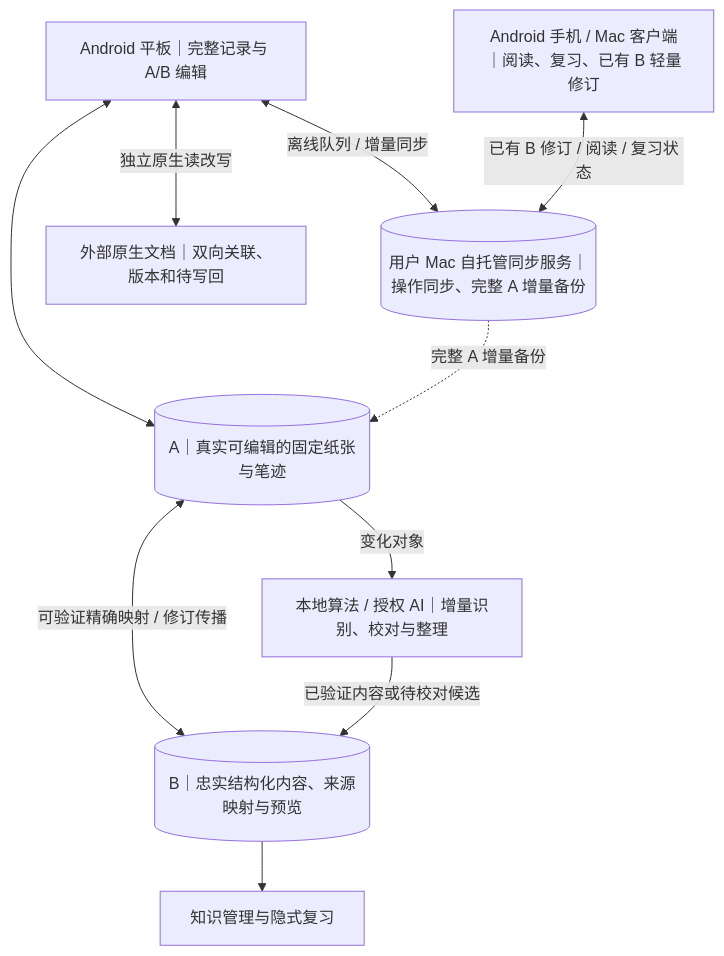
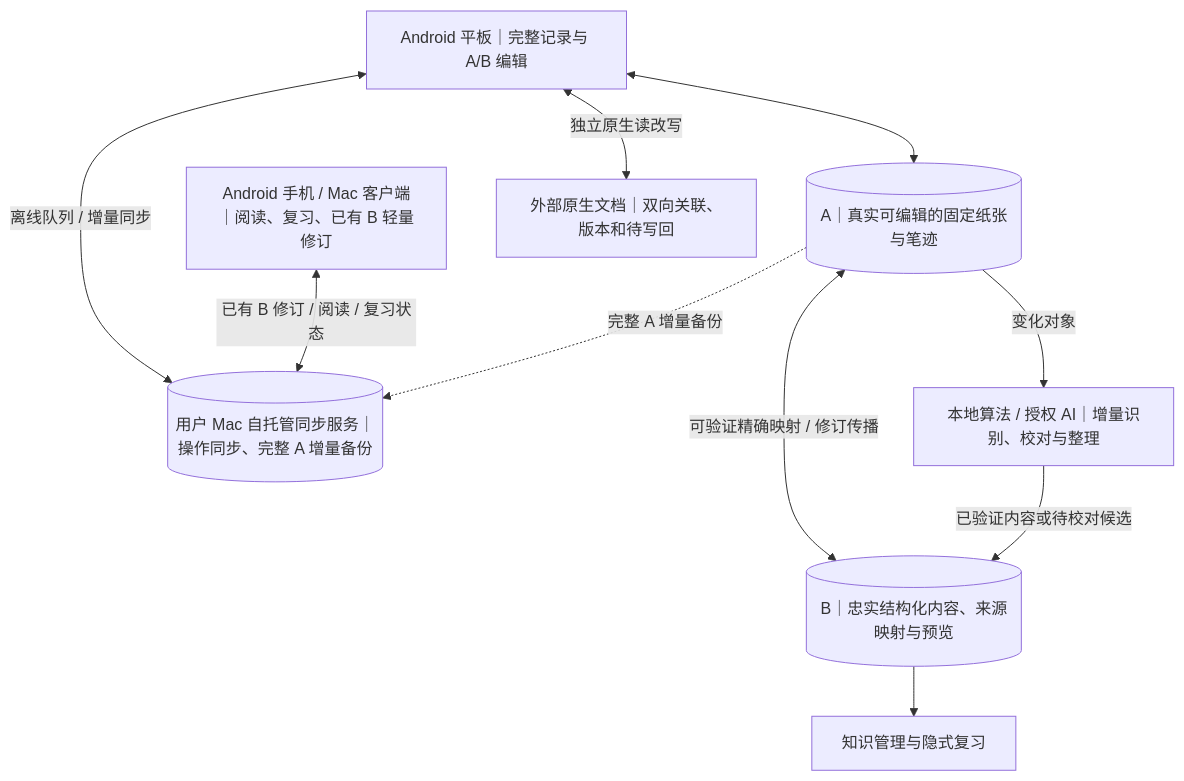
The diagram in README.md (insightlacyrina/Glossa), drawn with Mermaid before and after one commit.

Commit message:
docs: correct direction of A incremental backup to Mac

````diff
--- a/README.md
+++ b/README.md
@@ -45,20 +45,20 @@
 ```mermaid
 flowchart TB
   T["Android 平板｜完整记录与 A/B 编辑"]
   P["Android 手机 / Mac 客户端｜阅读、复习、已有 B 轻量修订"]
   S[("用户 Mac 自托管同步服务｜操作同步、完整 A 增量备份")]
   A[("A｜真实可编辑的固定纸张与笔迹")]
   B[("B｜忠实结构化内容、来源映射与预览")]
   C["本地算法 / 授权 AI｜增量识别、校对与整理"]
   N["外部原生文档｜双向关联、版本和待写回"]
   R["知识管理与隐式复习"]
   T <--> A
   A <-->|"可验证精确映射 / 修订传播"| B
   A -->|"变化对象"| C
   C -->|"已验证内容或待校对候选"| B
   T <-->|"独立原生读改写"| N
   T <-->|"离线队列 / 增量同步"| S
   P <-->|"已有 B 修订 / 阅读 / 复习状态"| S
   B --> R
-  S -.->|"完整 A 增量备份"| A
+  A -.->|"完整 A 增量备份"| S
 ```
````
